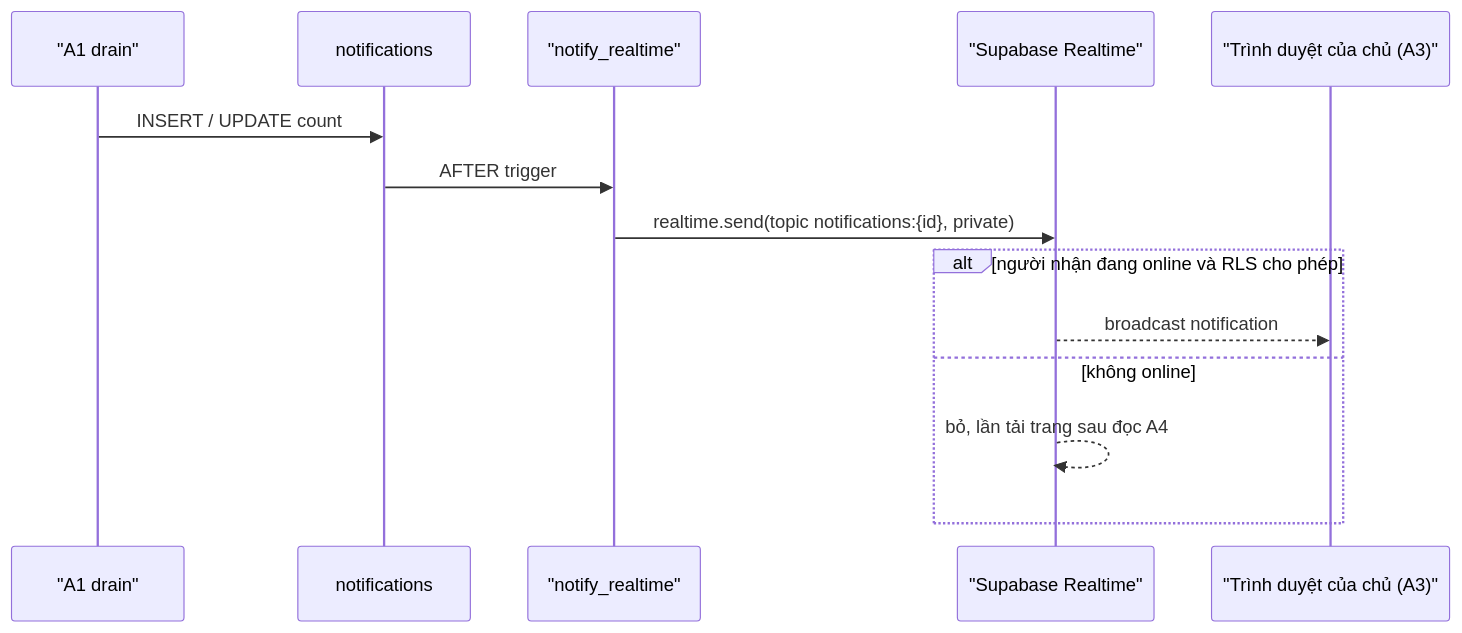
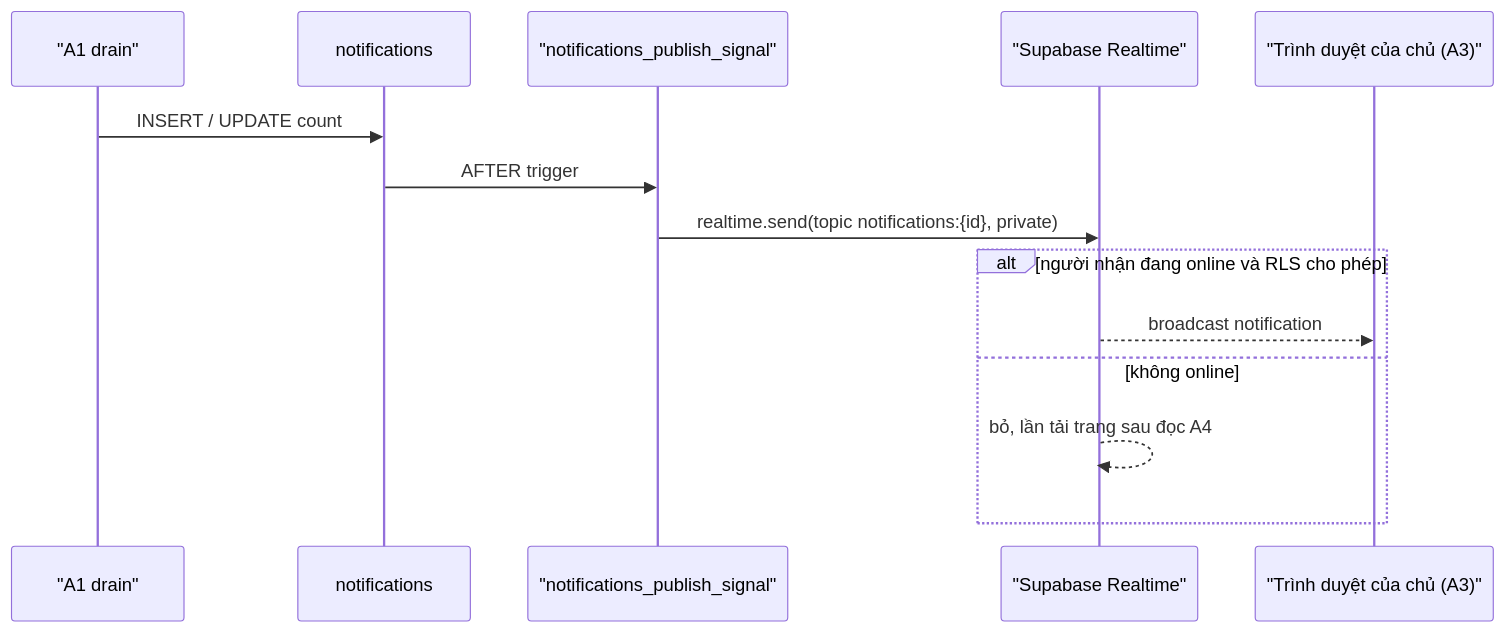
One commit to hailv-3571/agentic-coding-hands-on changed the third of 5 diagrams in docs/features/F013_Notifications/technical-spec.md. Above: the diagram before and after it, drawn with Mermaid. The commit also changed other lines of this file and 36 other files, not shown here.

````diff
--- a/docs/features/F013_Notifications/technical-spec.md
+++ b/docs/features/F013_Notifications/technical-spec.md
@@ -125,16 +125,16 @@
 ```mermaid
 sequenceDiagram
     participant A as "A1 drain"
     participant N as notifications
-    participant T as "notify_realtime"
+    participant T as "notifications_publish_signal"
     participant R as "Supabase Realtime"
     participant B as "Trình duyệt của chủ (A3)"
     A->>N: INSERT / UPDATE count
     N->>T: AFTER trigger
     T->>R: realtime.send(topic notifications:{id}, private)
     alt người nhận đang online và RLS cho phép
         R-->>B: broadcast notification
     else không online
         R-->>R: bỏ, lần tải trang sau đọc A4
     end
 ```
````
